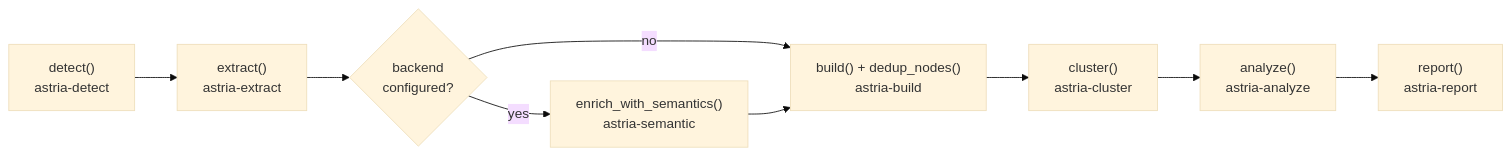
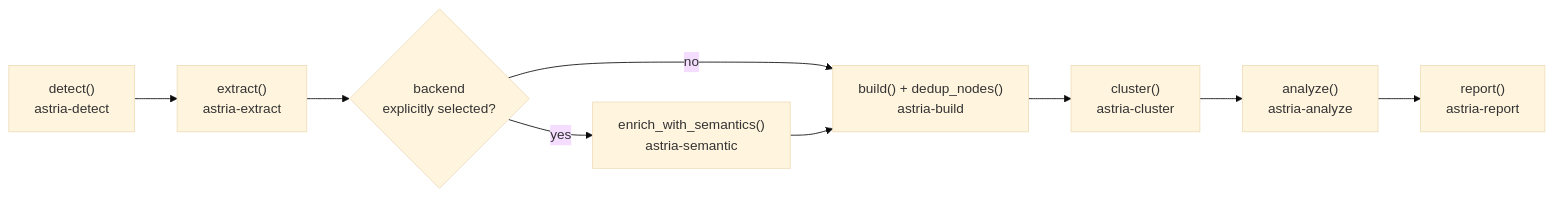
Before and after one commit to Nodesify/astria: the diagram in website/docs/explanation/architecture.md, drawn with Mermaid (base theme). The commit also changed other lines of this file and 138 other files, not shown here.

First line of the commit message:
Release: graph reliability, retrieval correctness and updated documentation (#84)

````diff
--- a/website/docs/explanation/architecture.md
+++ b/website/docs/explanation/architecture.md
@@ -20,11 +20,11 @@
 ```mermaid
 flowchart LR
     A["detect()<br/>astria-detect"] --> B["extract()<br/>astria-extract"]
-    B --> C{"backend<br/>configured?"}
+    B --> C{"backend<br/>explicitly selected?"}
     C -->|yes| D["enrich_with_semantics()<br/>astria-semantic"]
     C -->|no| E
     D --> E["build() + dedup_nodes()<br/>astria-build"]
     E --> F["cluster()<br/>astria-cluster"]
     F --> G["analyze()<br/>astria-analyze"]
     G --> H["report()<br/>astria-report"]
 ```
````
